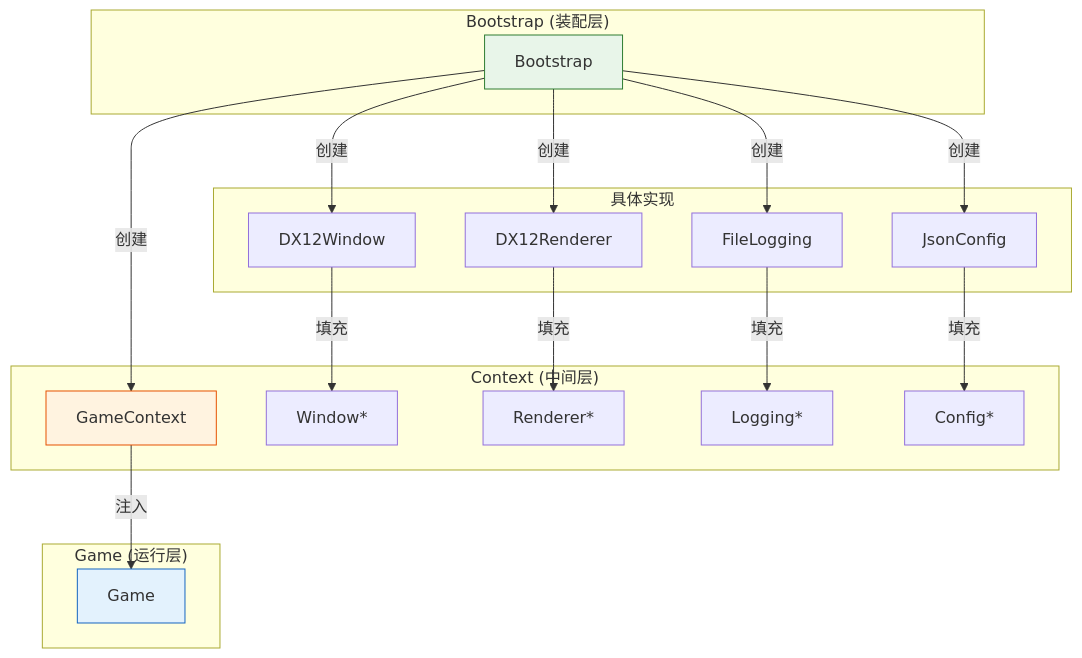
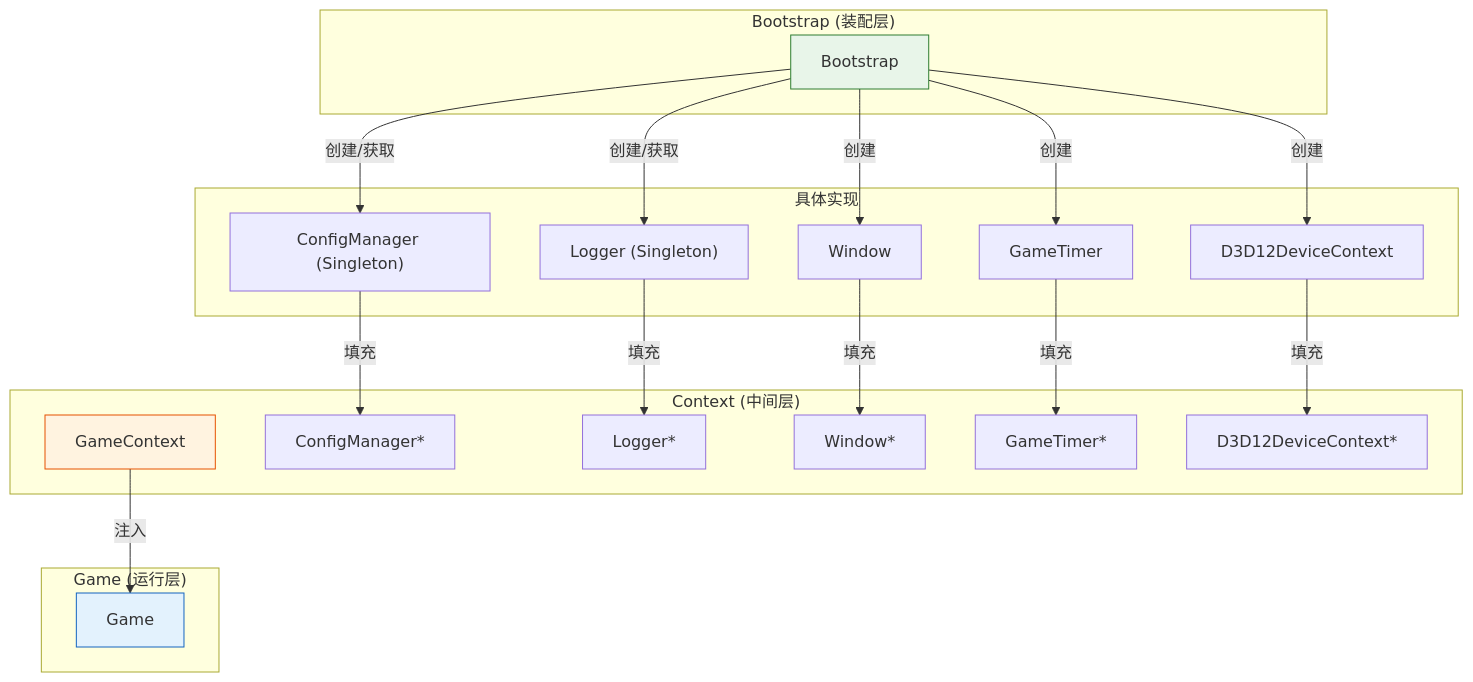
One commit to Gunxzq/blog changed the third of 4 diagrams in src/posts/DX12Engine/Bootstrap.md. Above: the diagram before and after it, drawn with Mermaid. The commit also changed other lines of this file and 3 other files, not shown here.

````diff
--- a/src/posts/DX12Engine/Bootstrap.md
+++ b/src/posts/DX12Engine/Bootstrap.md
@@ -164,42 +175,45 @@
 ```mermaid
 graph TB
     subgraph "Bootstrap (装配层)"
         B["Bootstrap"]
     end
 
     subgraph "Context (中间层)"
         C["GameContext"]
-        C1["Window*"]
-        C2["Renderer*"]
-        C3["Logging*"]
-        C4["Config*"]
+        C1["ConfigManager*"]
+        C2["Logger*"]
+        C3["Window*"]
+        C4["GameTimer*"]
+        C5["D3D12DeviceContext*"]
     end
 
     subgraph "具体实现"
-        W["DX12Window"]
-        R["DX12Renderer"]
-        L["FileLogging"]
-        CF["JsonConfig"]
+        CM["ConfigManager (Singleton)"]
+        Log["Logger (Singleton)"]
+        Win["Window"]
+        Timer["GameTimer"]
+        Dev["D3D12DeviceContext"]
     end
 
     subgraph "Game (运行层)"
         G["Game"]
     end
 
-    B -->|"创建"| C
-    B -->|"创建"| W
-    B -->|"创建"| R
-    B -->|"创建"| L
-    B -->|"创建"| CF
+    B -->|"创建/获取"| CM
+    B -->|"创建/获取"| Log
+    B -->|"创建"| Win
+    B -->|"创建"| Timer
+    B -->|"创建"| Dev
 
-    W -->|"填充"| C1
-    R -->|"填充"| C2
-    L -->|"填充"| C3
-    CF -->|"填充"| C4
+    CM -->|"填充"| C1
+    Log -->|"填充"| C2
+    Win -->|"填充"| C3
+    Timer -->|"填充"| C4
+    Dev -->|"填充"| C5
 
     C -->|"注入"| G
 
     style B fill:#e8f5e9,stroke:#2e7d32
     style C fill:#fff3e0,stroke:#e65100
     style G fill:#e3f2fd,stroke:#1565c0
 ```
````
